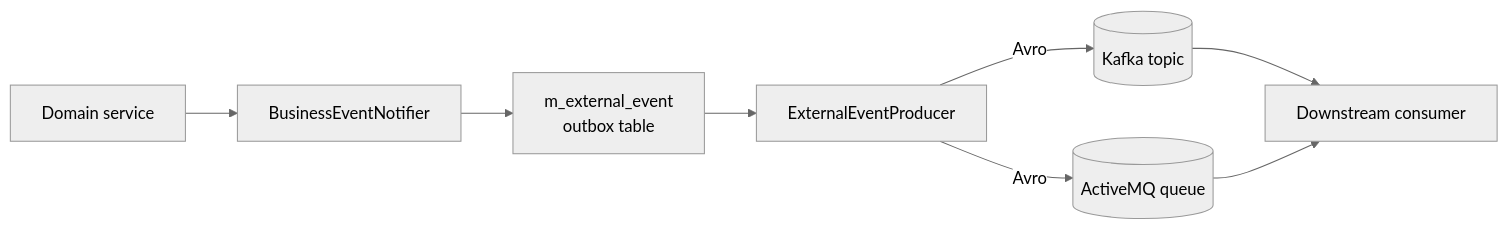
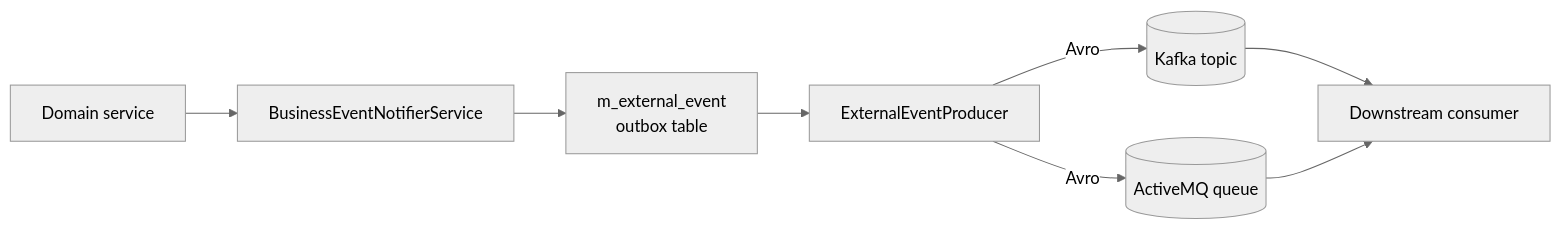
Before and after one commit to mintlify-atlas/docs-wiki-31b07890: the sixth of 7 diagrams in overview/architecture.mdx, drawn with Mermaid (neutral theme). The commit also changed other lines of this file and 115 other files, not shown here.

````diff
--- a/overview/architecture.mdx
+++ b/overview/architecture.mdx
@@ -348,10 +394,10 @@
 ```mermaid
 flowchart LR
-    Domain[Domain service] --> Notifier[BusinessEventNotifier]
+    Domain[Domain service] --> Notifier[BusinessEventNotifierService]
     Notifier --> Outbox[m_external_event<br/>outbox table]
     Outbox --> Producer[ExternalEventProducer]
     Producer -->|Avro| Kafka[(Kafka topic)]
     Producer -->|Avro| JMS[(ActiveMQ queue)]
     Kafka --> Consumer[Downstream consumer]
     JMS --> Consumer
 ```
````
